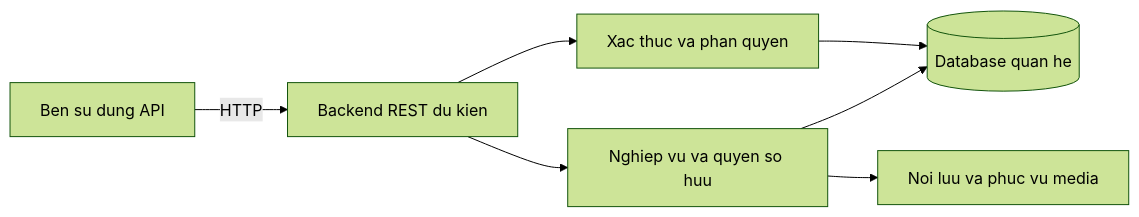
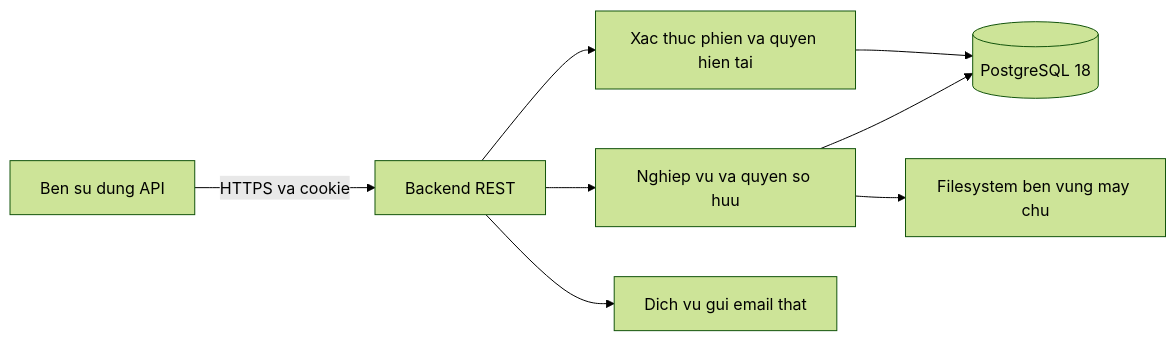
The diagram in docs/architecture/overview.md (Mingxin2811/Mucsic-Podcast-Project), drawn with Mermaid (forest theme) before and after one commit. The commit also changed other lines of this file and 34 other files, not shown here.

````diff
--- a/docs/architecture/overview.md
+++ b/docs/architecture/overview.md
@@ -7,9 +7,10 @@
 ```mermaid
 flowchart LR
-    C[Ben su dung API] -->|HTTP| B[Backend REST du kien]
-    B --> A[Xac thuc va phan quyen]
+    C[Ben su dung API] -->|HTTPS va cookie| B[Backend REST]
+    B --> A[Xac thuc phien va quyen hien tai]
     B --> N[Nghiep vu va quyen so huu]
-    N --> D[(Database quan he)]
-    N --> M[Noi luu va phuc vu media]
-    A --> D
+    A --> D[(PostgreSQL 18)]
+    N --> D
+    N --> M[Filesystem ben vung may chu]
+    B --> E[Dich vu gui email that]
 ```
````
